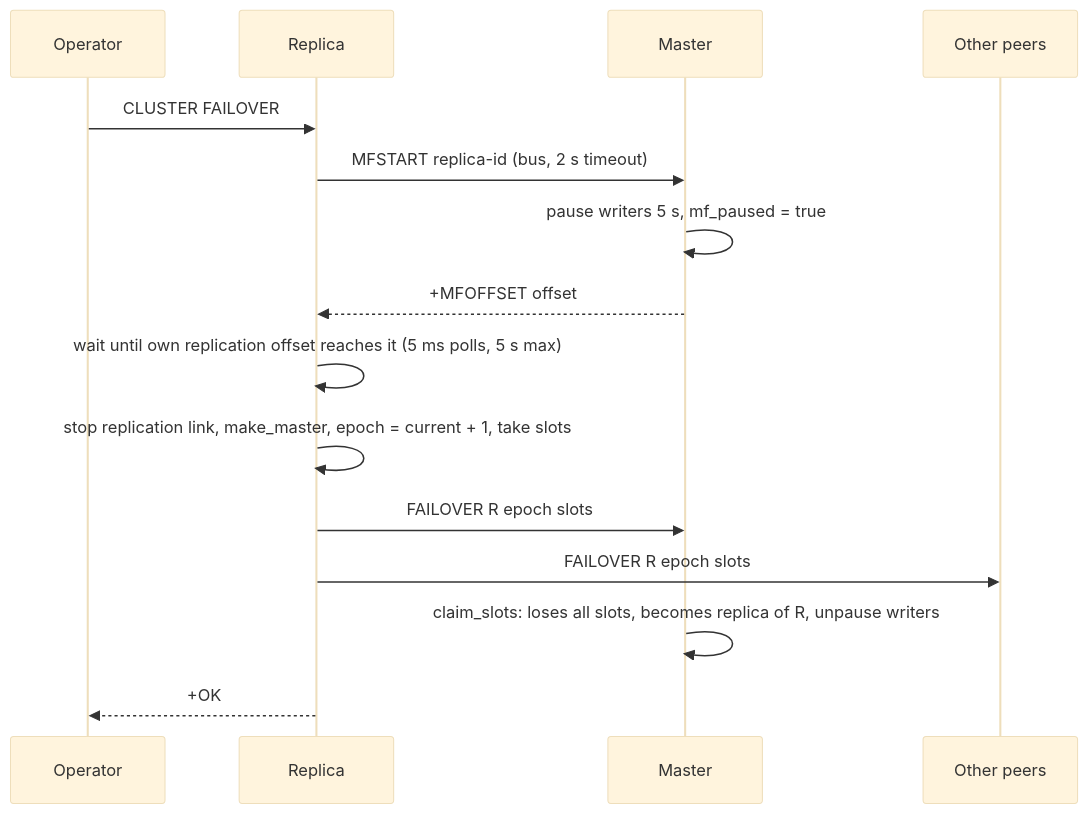
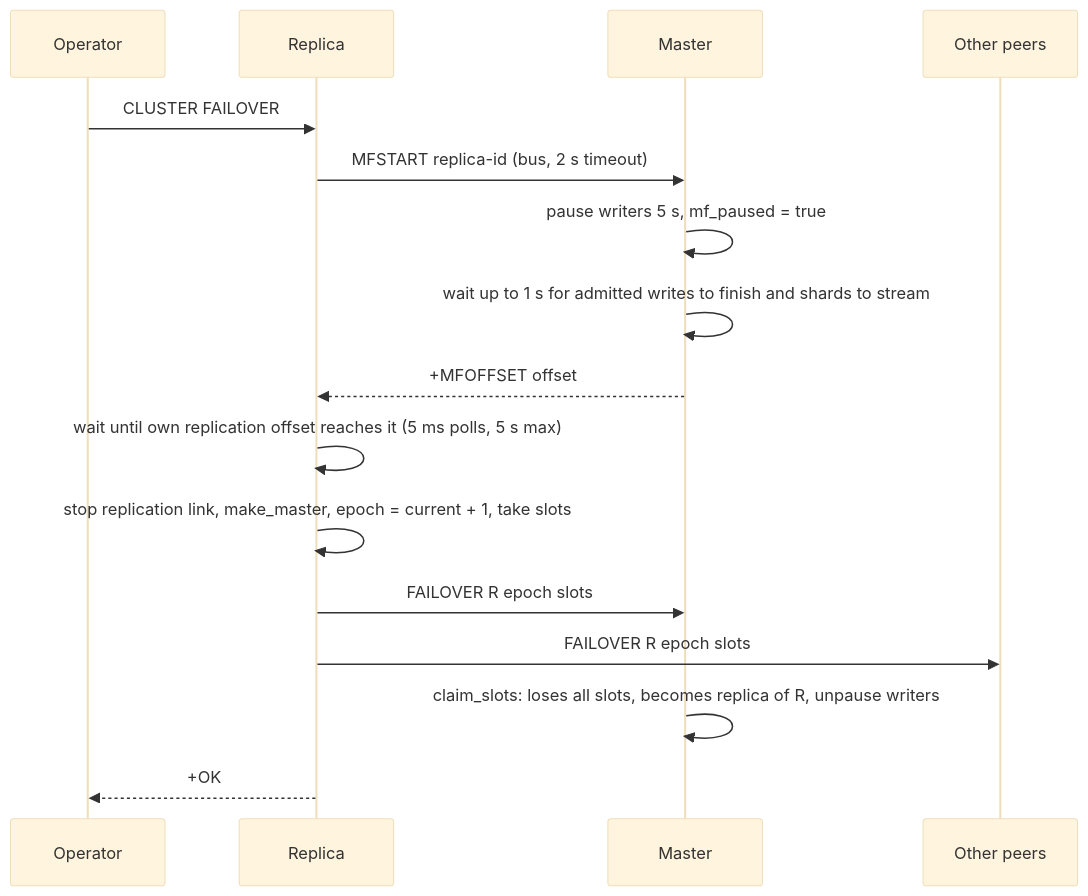
The second of 2 diagrams in docs/internal/11_cluster_topology.md (warrenzhu25/rudis), drawn with Mermaid (base theme) before and after one commit. The commit also changed other lines of this file and 18 other files, not shown here.

````diff
--- a/docs/internal/11_cluster_topology.md
+++ b/docs/internal/11_cluster_topology.md
@@ -481,17 +485,18 @@
 ```mermaid
 sequenceDiagram
     participant Op as Operator
     participant R as Replica
     participant M as Master
     participant P as Other peers
     Op->>R: CLUSTER FAILOVER
     R->>M: MFSTART replica-id (bus, 2 s timeout)
     M->>M: pause writers 5 s, mf_paused = true
+    M->>M: wait up to 1 s for admitted writes to finish and shards to stream
     M-->>R: +MFOFFSET offset
     R->>R: wait until own replication offset reaches it (5 ms polls, 5 s max)
     R->>R: stop replication link, make_master, epoch = current + 1, take slots
     R->>M: FAILOVER R epoch slots
     R->>P: FAILOVER R epoch slots
     M->>M: claim_slots: loses all slots, becomes replica of R, unpause writers
     R-->>Op: +OK
 ```
````
